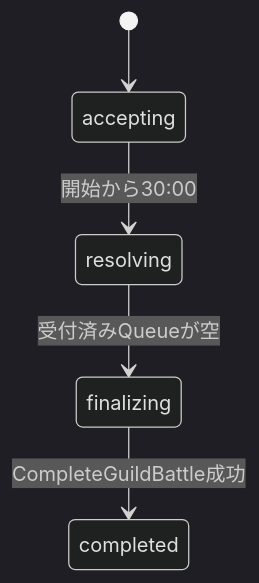
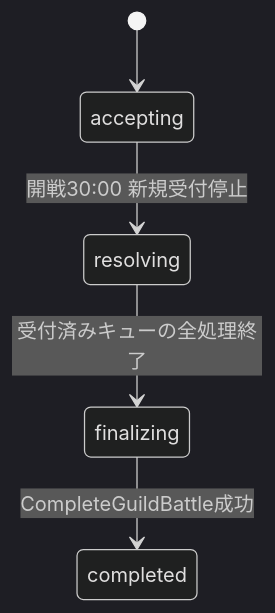
One commit to ReHydrangeaOdyssey/Specifications changed the fifth of 5 diagrams in design/programming/server/guild_battle_runtime.md. Above: the diagram before and after it, drawn with Mermaid (dark theme). The commit also changed other lines of this file and 21 other files, not shown here.

````diff
--- a/design/programming/server/guild_battle_runtime.md
+++ b/design/programming/server/guild_battle_runtime.md
@@ -215,7 +182,7 @@
 ```mermaid
 stateDiagram-v2
     [*] --> accepting
-    accepting --> resolving: 開始から30:00
-    resolving --> finalizing: 受付済みQueueが空
+    accepting --> resolving: 開戦30:00 新規受付停止
+    resolving --> finalizing: 受付済みキューの全処理終了
     finalizing --> completed: CompleteGuildBattle成功
 ```
````
